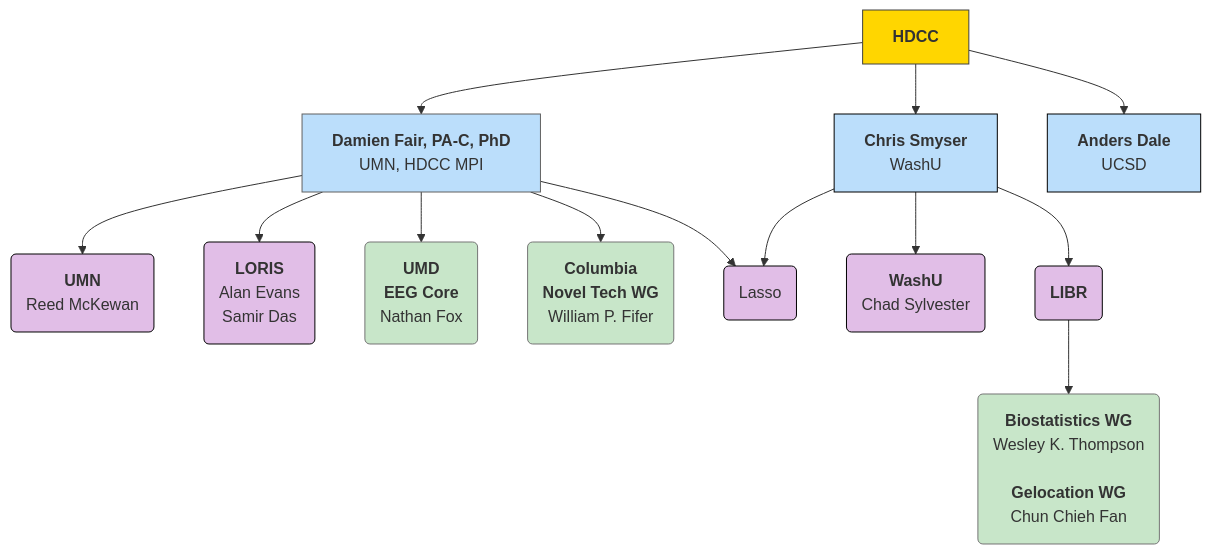
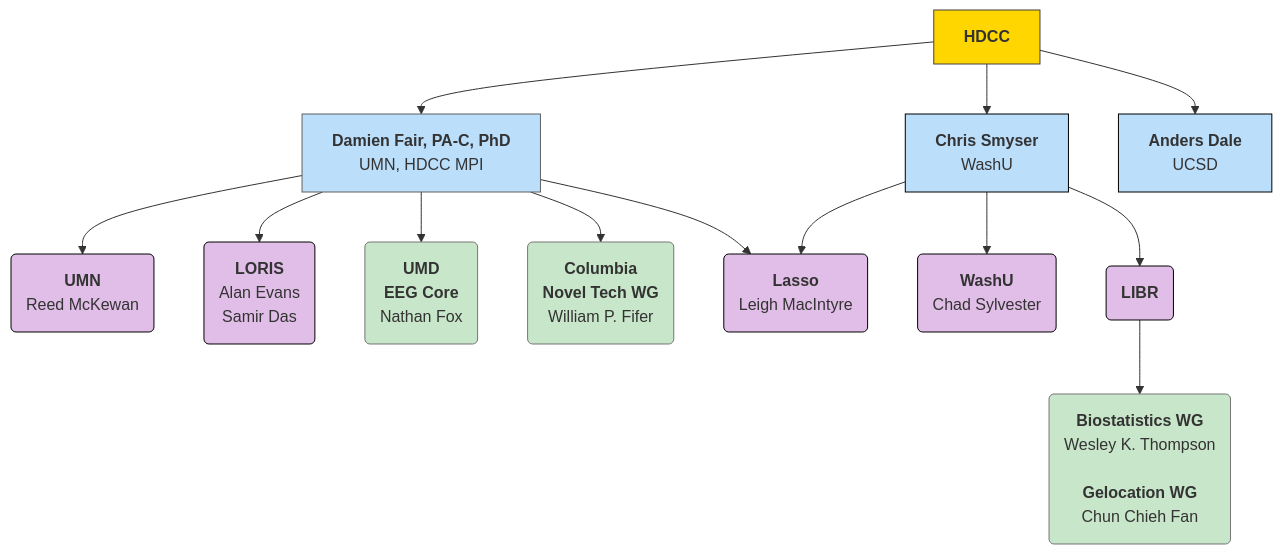
One commit to DCAN-Labs/hbcd-docs-internal changed the first of 11 diagrams in docs/orgcharts.md. Above: the diagram before and after it, drawn with Mermaid. The commit also changed other lines of this file, not shown here.

Commit message:
add example lasso

````diff
--- a/docs/orgcharts.md
+++ b/docs/orgcharts.md
@@ -6,44 +6,45 @@
 ```mermaid
 ---
 config:
   layout: dagre
 ---
 flowchart TB
     A["<strong>HDCC</strong>"] --> E["<b>Damien Fair, PA-C, PhD</b><br>UMN, HDCC MPI"] & n1["<b>Chris Smyser</b><br>WashU"] & n2["<b>Anders Dale</b><br>UCSD"]
-    E --> umn["<b>UMN</b><br>Reed McKewan"] & n7["<b>LORIS</b><br>Alan Evans<br>Samir Das"] & n8["<b>UMD<br>EEG Core</b><br>Nathan Fox"] & n11["<b>Columbia<br>Novel Tech WG</b><br>William P. Fifer"] & n15["Lasso"]
+    E --> umn["<b>UMN</b><br>Reed McKewan"] & n7["<b>LORIS</b><br>Alan Evans<br>Samir Das"] & n8["<b>UMD<br>EEG Core</b><br>Nathan Fox"] & n11["<b>Columbia<br>Novel Tech WG</b><br>William P. Fifer"]
+    E --> n15["<b>Lasso</b><br>Leigh MacIntyre"]
     n1 --> n10["<b>WashU</b><br>Chad Sylvester"] & n12["<b>LIBR</b>"] & n15
     n12 --> n13["<b>Biostatistics WG<br></b>Wesley K. Thompson<br>
     <b>Gelocation WG</b><br>Chun Chieh Fan"]
     A@{ shape: rect}
     E@{ shape: rect}
     n1@{ shape: rect}
     n2@{ shape: rect}
     umn@{ shape: rounded}
     n7@{ shape: rounded}
     n8@{ shape: rounded}
     n11@{ shape: rounded}
     n15@{ shape: rounded}
     n10@{ shape: rounded}
     n12@{ shape: rounded}
     n13@{ shape: rounded}
     style A fill:#FFD600,stroke:#424242
     style E fill:#BBDEFB,stroke:#616161
     style n1 fill:#BBDEFB,stroke:#000000
     style n2 fill:#BBDEFB,stroke:#000000
     style umn fill:#E1BEE7,stroke:#000000
     style n7 fill:#E1BEE7,stroke:#000000
     style n8 fill:#C8E6C9,stroke:#757575
     style n11 fill:#C8E6C9,stroke:#757575
     style n15 fill:#E1BEE7,stroke:#000000
     style n10 fill:#E1BEE7,stroke:#000000
     style n12 fill:#E1BEE7,stroke:#000000
     style n13 fill:#C8E6C9,stroke:#757575
     click n2 "#ucsd"
     click umn "#university-of-minnesota"
     click n7 "#loris"
     click n8 "#umd-eeg-core"
     click n11 "#columbia-university"
     click n15 "#lasso"
     click n10 "#washu"
     click n13 "#libr"
 ```
````
